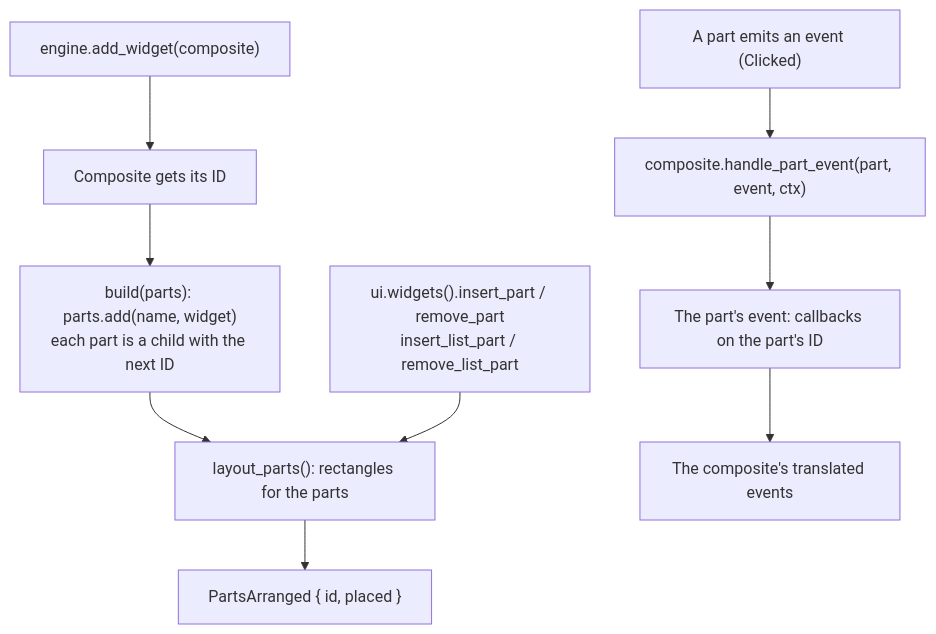
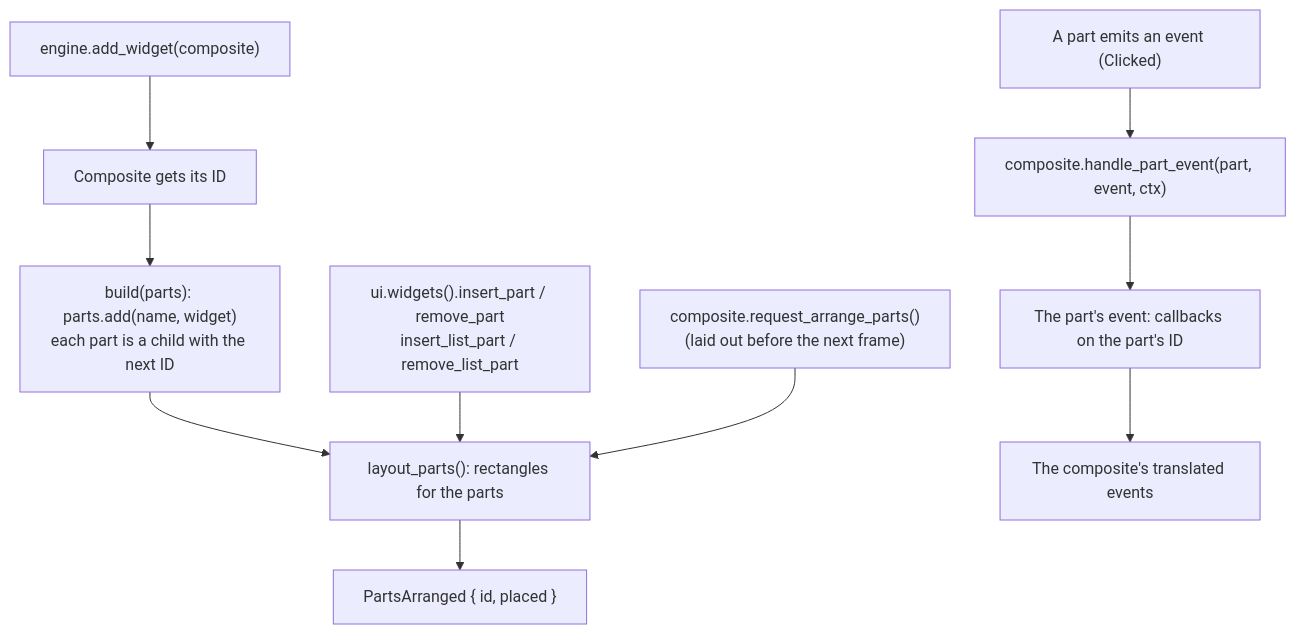
Before and after one commit to KenSuenobu/rust-pushrod: the diagram in pushrod-docs/docs/guides/composite-widgets.md, drawn with Mermaid. The commit also changed other lines of this file and 26 other files, not shown here.

````diff
--- a/pushrod-docs/docs/guides/composite-widgets.md
+++ b/pushrod-docs/docs/guides/composite-widgets.md
@@ -23,11 +23,12 @@
 ```mermaid
 flowchart TD
     A["engine.add_widget(composite)"] --> B["Composite gets its ID"]
     B --> C["build(parts): parts.add(name, widget)<br/>each part is a child with the next ID"]
     C --> D["layout_parts(): rectangles for the parts"]
     D --> E["PartsArranged { id, placed }"]
     F["ui.widgets().insert_part / remove_part<br/>insert_list_part / remove_list_part"] --> D
+    K["composite.request_arrange_parts()<br/>(laid out before the next frame)"] --> D
     G["A part emits an event (Clicked)"] --> H["composite.handle_part_event(part, event, ctx)"]
     H --> I["The part's event: callbacks on the part's ID"]
     I --> J["The composite's translated events"]
 ```
````
